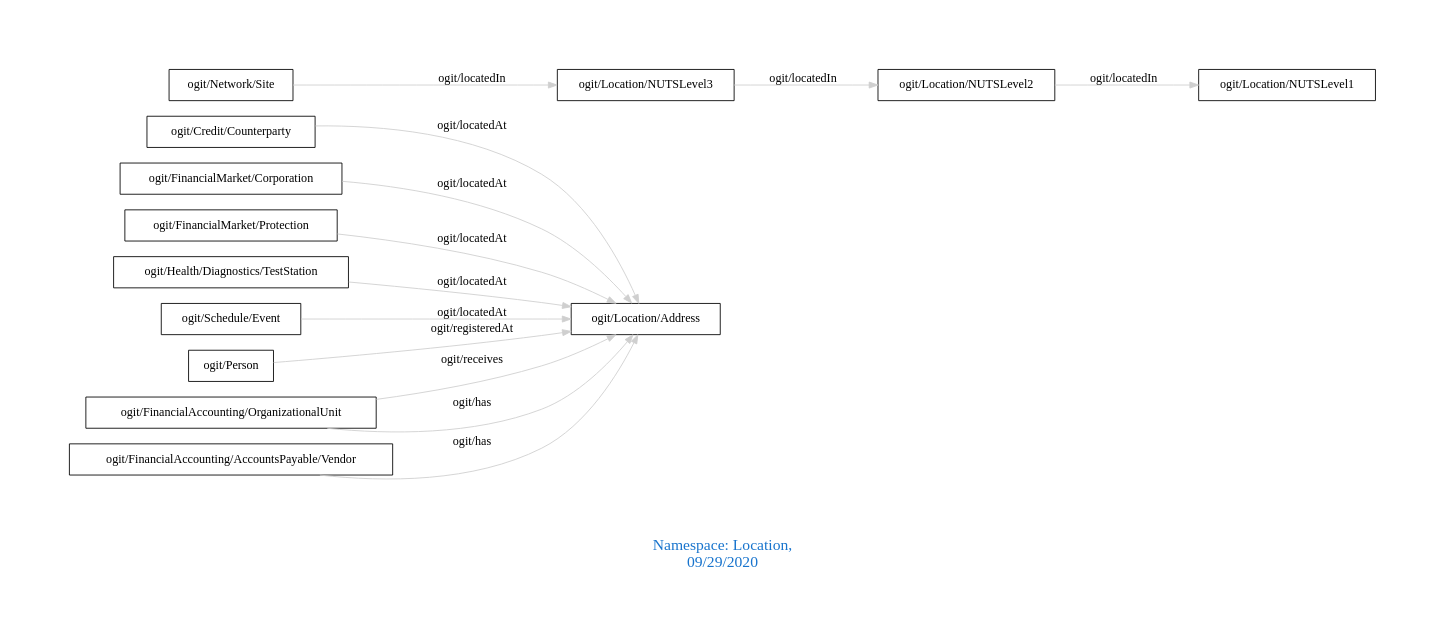
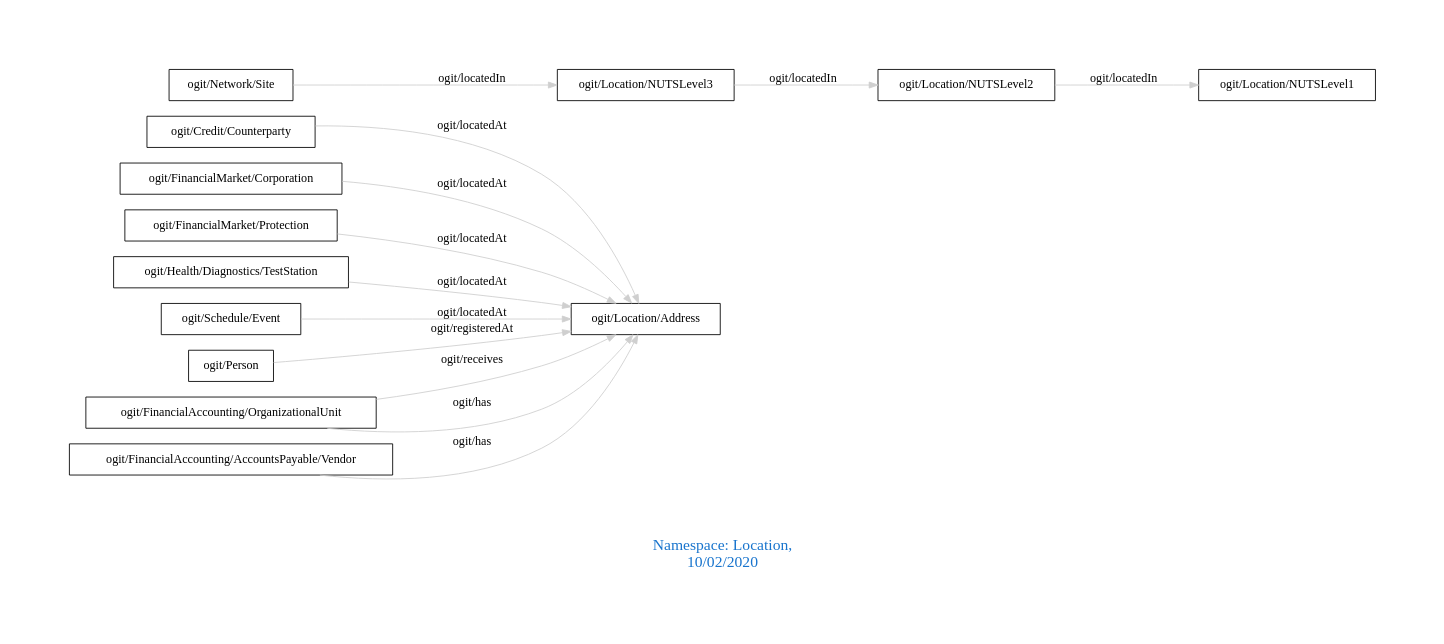
The diagram in downloads/Location.dot (arago/OGIT), drawn with Graphviz before and after one commit. The commit also changed 1818 other files, not shown here.

```diff
--- a/downloads/Location.dot
+++ b/downloads/Location.dot
@@ -1,20 +1,20 @@
 digraph OGIT_ontology {
  graph [ rankdir= LR,pad=1 
 fontsize = 18,
-fontcolor= dodgerblue3,label = "\n\n\nNamespace: Location, \n 09/29/2020"];
+fontcolor= dodgerblue3,label = "\n\n\nNamespace: Location, \n 10/02/2020"];
 node[shape=polygon];
 edge [  color="gray81"];
 
    "ogit/Credit/Counterparty" -> "ogit/Location/Address" [label="   ogit/locatedAt    "];
    "ogit/FinancialMarket/Corporation" -> "ogit/Location/Address" [label="   ogit/locatedAt    "];
    "ogit/FinancialMarket/Protection" -> "ogit/Location/Address" [label="   ogit/locatedAt    "];
    "ogit/Health/Diagnostics/TestStation" -> "ogit/Location/Address" [label="   ogit/locatedAt    "];
    "ogit/Schedule/Event" -> "ogit/Location/Address" [label="   ogit/locatedAt    "];
    "ogit/Location/NUTSLevel2" -> "ogit/Location/NUTSLevel1" [label="   ogit/locatedIn    "];
    "ogit/Location/NUTSLevel3" -> "ogit/Location/NUTSLevel2" [label="   ogit/locatedIn    "];
    "ogit/Network/Site" -> "ogit/Location/NUTSLevel3" [label="   ogit/locatedIn    "];
    "ogit/Person" -> "ogit/Location/Address" [label="   ogit/registeredAt    "];
    "ogit/FinancialAccounting/OrganizationalUnit" -> "ogit/Location/Address" [label="   ogit/receives    "];
    "ogit/FinancialAccounting/AccountsPayable/Vendor" -> "ogit/Location/Address" [label="   ogit/has    "];
    "ogit/FinancialAccounting/OrganizationalUnit" -> "ogit/Location/Address" [label="   ogit/has    "];
 }
```
